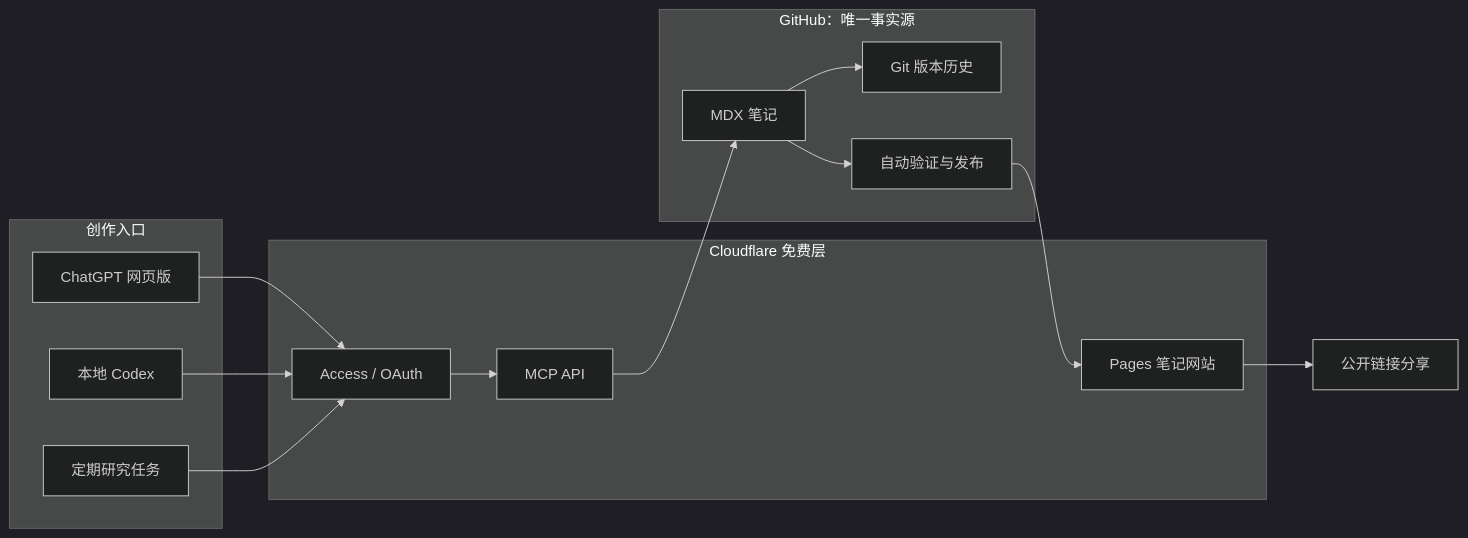
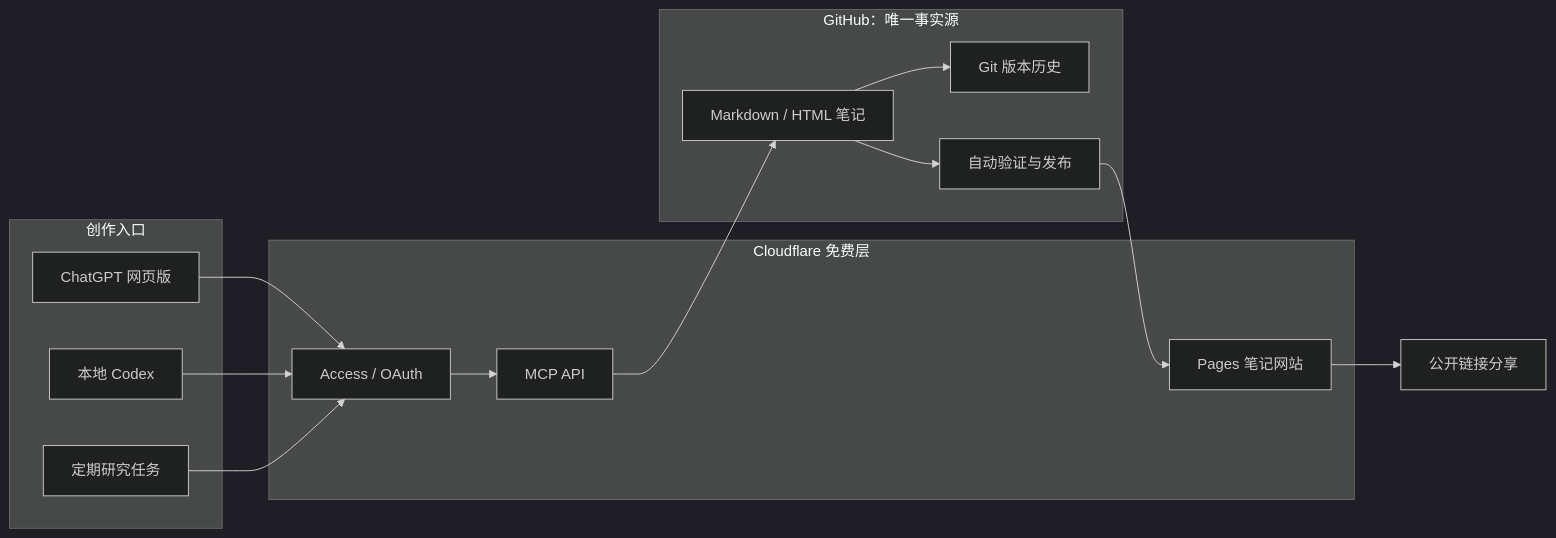
Before and after one commit to Nunchakus888/dossierkit: the first of 2 diagrams in profiles/default/content/zh/notes/chatgpt-notes-publishing-workflow.mdx, drawn with Mermaid (dark theme). The commit also changed other lines of this file and 14 other files, not shown here.

Commit message:
Add HTML notes and protected deletion

````diff
--- a/profiles/default/content/zh/notes/chatgpt-notes-publishing-workflow.mdx
+++ b/profiles/default/content/zh/notes/chatgpt-notes-publishing-workflow.mdx
@@ -32,29 +32,29 @@
 ```mermaid
 flowchart LR
   subgraph Entry["创作入口"]
     ChatGPT["ChatGPT 网页版"]
     Codex["本地 Codex"]
     Research["定期研究任务"]
   end
 
   subgraph Cloudflare["Cloudflare 免费层"]
     Access["Access / OAuth"]
     MCP["MCP API"]
     Site["Pages 笔记网站"]
   end
 
   subgraph GitHub["GitHub：唯一事实源"]
-    Notes["MDX 笔记"]
+    Notes["Markdown / HTML 笔记"]
     History["Git 版本历史"]
     Publish["自动验证与发布"]
   end
 
   ChatGPT --> Access
   Codex --> Access
   Research --> Access
   Access --> MCP
   MCP --> Notes
   Notes --> History
   Notes --> Publish --> Site
   Site --> Share["公开链接分享"]
 ```
````
